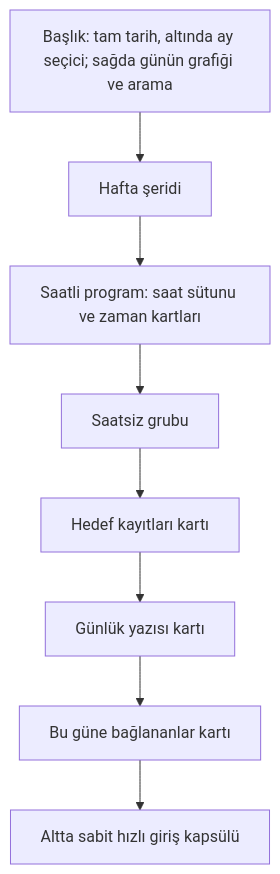
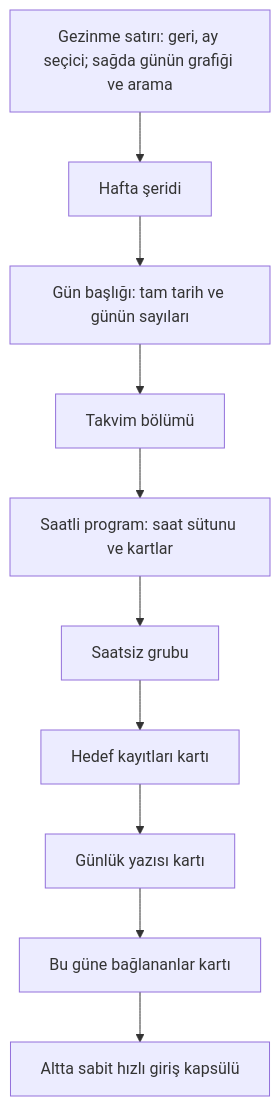
The seventh of 19 diagrams in docs/screens.md (dogancanyildiz/kenet), drawn with Mermaid before and after one commit. The commit also changed other lines of this file and 9 other files, not shown here.

````diff
--- a/docs/screens.md
+++ b/docs/screens.md
@@ -540,10 +541,12 @@
 ```mermaid
 flowchart TD
-    A[Başlık: tam tarih, altında ay seçici; sağda günün grafiği ve arama] --> B[Hafta şeridi]
-    B --> C[Saatli program: saat sütunu ve zaman kartları]
+    A[Gezinme satırı: geri, ay seçici; sağda günün grafiği ve arama] --> B[Hafta şeridi]
+    B --> B1[Gün başlığı: tam tarih ve günün sayıları]
+    B1 --> B2[Takvim bölümü]
+    B2 --> C[Saatli program: saat sütunu ve kartlar]
     C --> D[Saatsiz grubu]
     D --> E[Hedef kayıtları kartı]
     E --> F[Günlük yazısı kartı]
     F --> G[Bu güne bağlananlar kartı]
     G --> H[Altta sabit hızlı giriş kapsülü]
 ```
````
